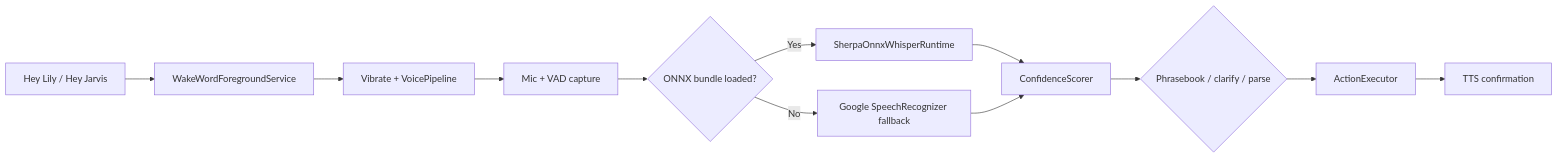
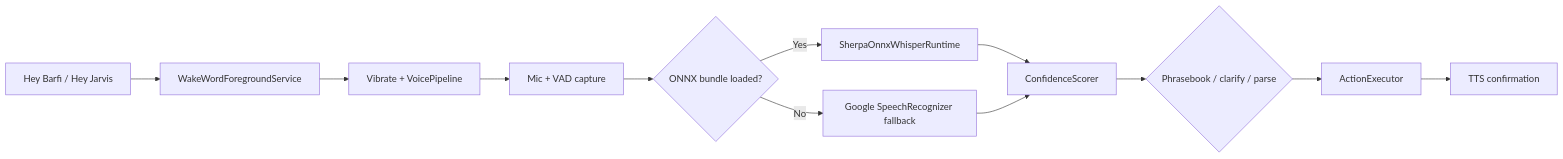
The third of 4 diagrams in README.md (Anushka13-bit/Vaani), drawn with Mermaid before and after one commit. The commit also changed other lines of this file and 9 other files, not shown here.

First line of the commit message:
Rename wake word from Hey Lily to Hey Barfi throughout the app

````diff
--- a/README.md
+++ b/README.md
@@ -140,14 +140,14 @@
 ```mermaid
 flowchart LR
-    A["Hey Lily / Hey Jarvis"] --> B[WakeWordForegroundService]
+    A["Hey Barfi / Hey Jarvis"] --> B[WakeWordForegroundService]
     B --> C[Vibrate + VoicePipeline]
     C --> D[Mic + VAD capture]
     D --> E{ONNX bundle loaded?}
     E -->|Yes| F[SherpaOnnxWhisperRuntime]
     E -->|No| G[Google SpeechRecognizer fallback]
     F --> H[ConfidenceScorer]
     G --> H
     H --> I{Phrasebook / clarify / parse}
     I --> J[ActionExecutor]
     J --> K[TTS confirmation]
 ```
````
